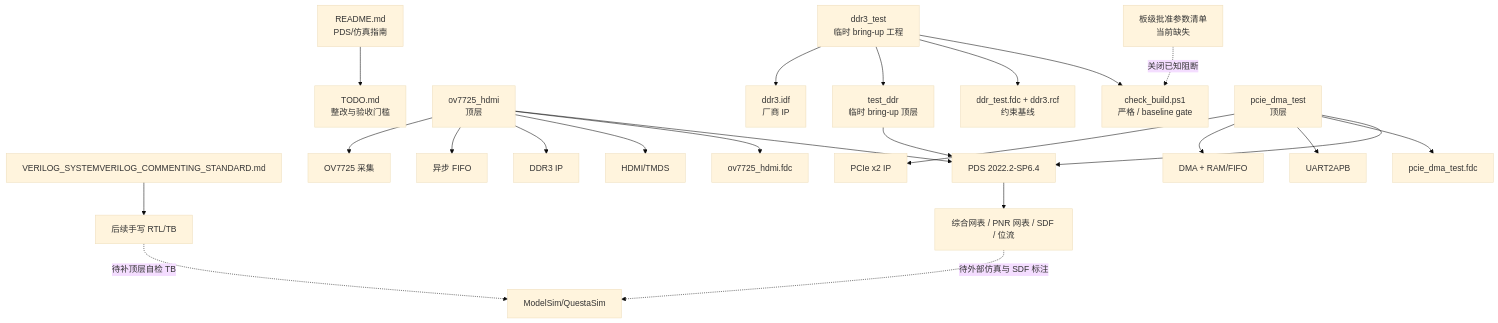
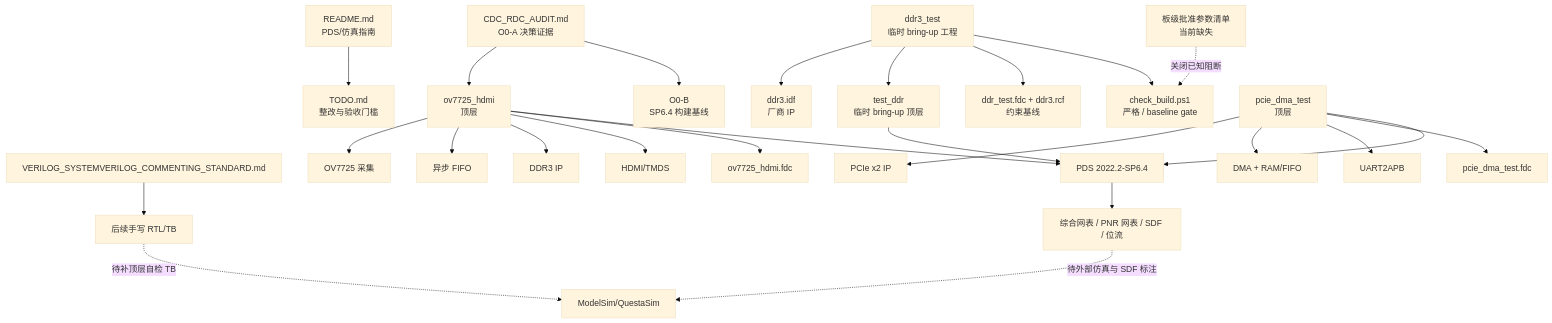
One commit to NineSun7579/fpga changed the diagram in .nexus-map/arch/dependencies.md. Above: the diagram before and after it, drawn with Mermaid (base theme). The commit also changed other lines of this file and 10 other files, not shown here.

Commit message:
docs(ov7725): 记录时钟域与 CDC/RDC 决策

````diff
--- a/.nexus-map/arch/dependencies.md
+++ b/.nexus-map/arch/dependencies.md
@@ -7,29 +7,31 @@
 ```mermaid
 flowchart TD
   Guide["README.md\nPDS/仿真指南"] --> Todo["TODO.md\n整改与验收门槛"]
   Standard["VERILOG_SYSTEMVERILOG_COMMENTING_STANDARD.md"] --> HandRTL["后续手写 RTL/TB"]
 
   OVTop["ov7725_hdmi\n顶层"] --> Camera["OV7725 采集"]
   OVTop --> OVFifo["异步 FIFO"]
   OVTop --> OVDDR["DDR3 IP"]
   OVTop --> HDMI["HDMI/TMDS"]
   OVTop --> OVFdc["ov7725_hdmi.fdc"]
+  OVAudit["CDC_RDC_AUDIT.md\nO0-A 决策证据"] --> OVTop
+  OVAudit --> OVBuild["O0-B\nSP6.4 构建基线"]
 
   DDRBringup["ddr3_test\n临时 bring-up 工程"] --> DDRIdf["ddr3.idf\n厂商 IP"]
   DDRBringup --> DDRExample["test_ddr\n临时 bring-up 顶层"]
   DDRBringup --> DDRFdc["ddr_test.fdc + ddr3.rcf\n约束基线"]
   DDRBringup --> DDRGate["check_build.ps1\n严格 / baseline gate"]
   DDRBoard["板级批准参数清单\n当前缺失"] -. "关闭已知阻断" .-> DDRGate
 
   PCIeTop["pcie_dma_test\n顶层"] --> PCIeIP["PCIe x2 IP"]
   PCIeTop --> DMA["DMA + RAM/FIFO"]
   PCIeTop --> UART["UART2APB"]
   PCIeTop --> PCIeFdc["pcie_dma_test.fdc"]
 
   OVTop --> PDS["PDS 2022.2-SP6.4"]
   DDRExample --> PDS
   PCIeTop --> PDS
   PDS --> Reports["综合网表 / PNR 网表 / SDF / 位流"]
   Reports -. "待外部仿真与 SDF 标注" .-> Questa["ModelSim/QuestaSim"]
   HandRTL -. "待补顶层自检 TB" .-> Questa
 ```
````
